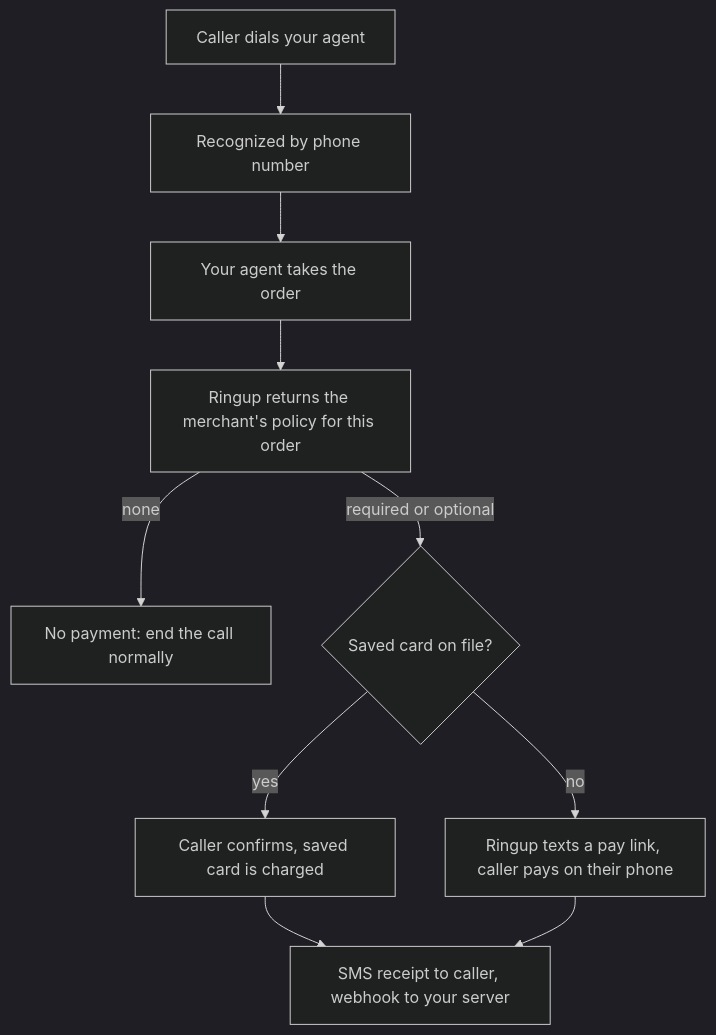
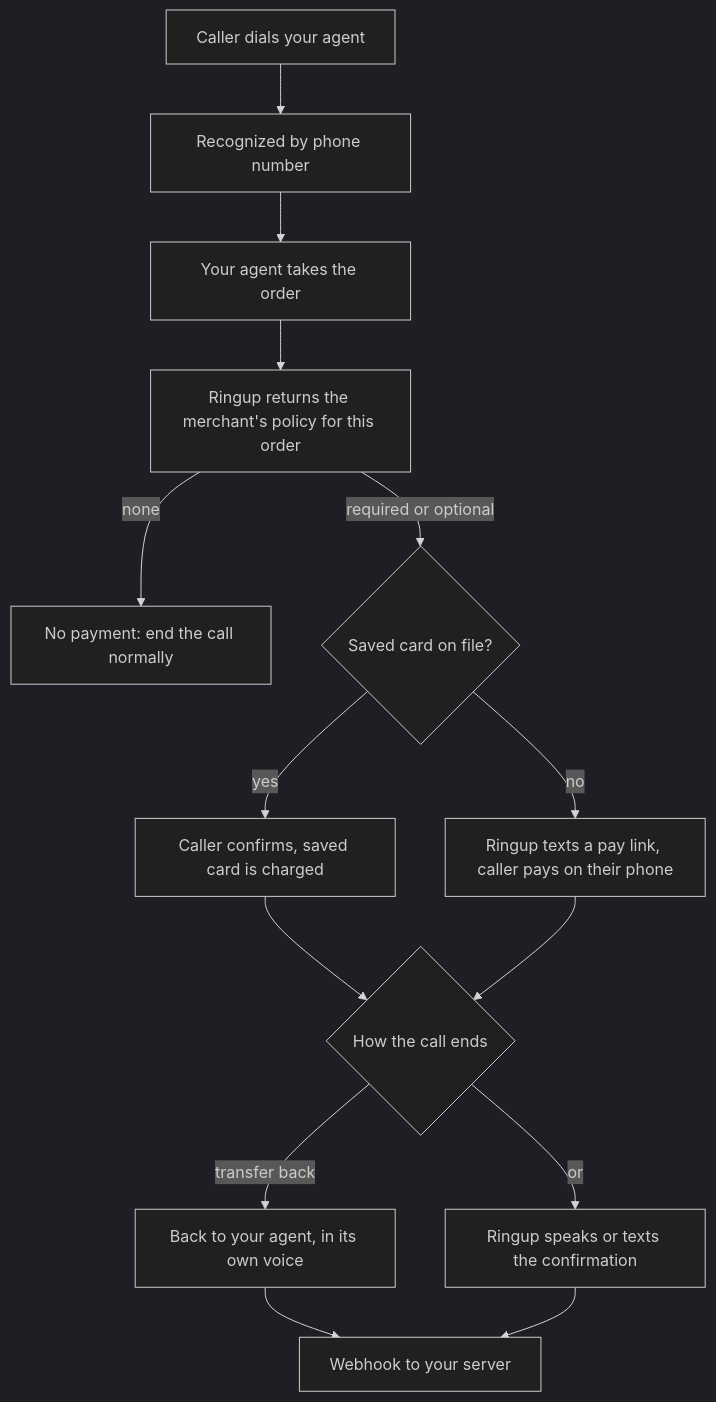
One commit to atifnayeem-oss/docs changed the diagram in concepts/how-it-works.mdx. Above: the diagram before and after it, drawn with Mermaid (dark theme).

Commit message:
Publish docs-site from ringup@162bfd2

````diff
--- a/concepts/how-it-works.mdx
+++ b/concepts/how-it-works.mdx
@@ -66,12 +66,16 @@
 ```mermaid
 flowchart TD
     A[Caller dials your agent] --> B[Recognized by phone number]
     B --> C[Your agent takes the order]
     C --> D[Ringup returns the merchant's policy for this order]
     D -->|none| E[No payment: end the call normally]
     D -->|required or optional| F{Saved card on file?}
     F -->|yes| G[Caller confirms, saved card is charged]
     F -->|no| H[Ringup texts a pay link, caller pays on their phone]
-    G --> I[SMS receipt to caller, webhook to your server]
-    H --> I
+    G --> J{How the call ends}
+    H --> J
+    J -->|transfer back| K[Back to your agent, in its own voice]
+    J -->|or| L[Ringup speaks or texts the confirmation]
+    K --> M[Webhook to your server]
+    L --> M
 ```
````
